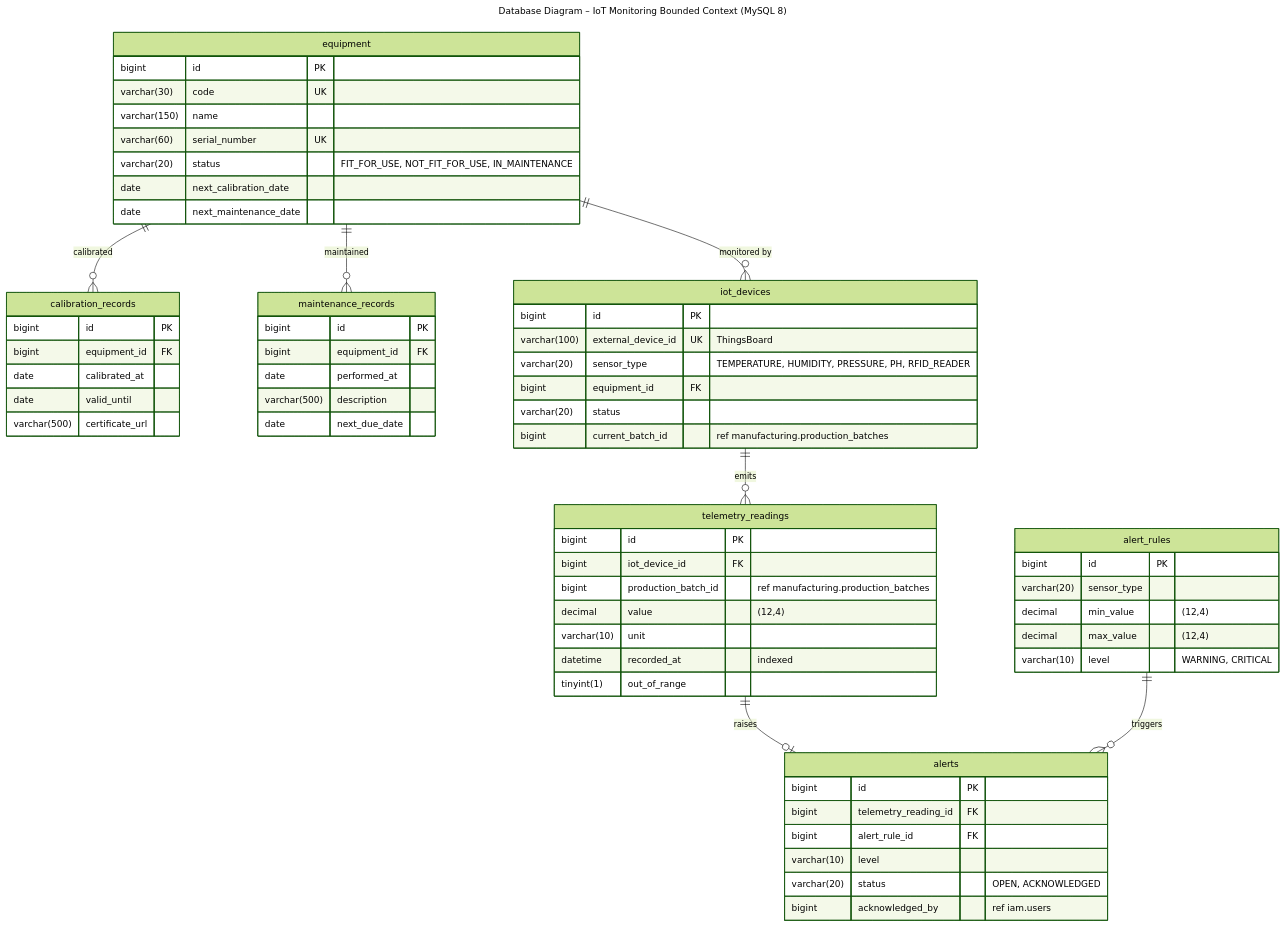
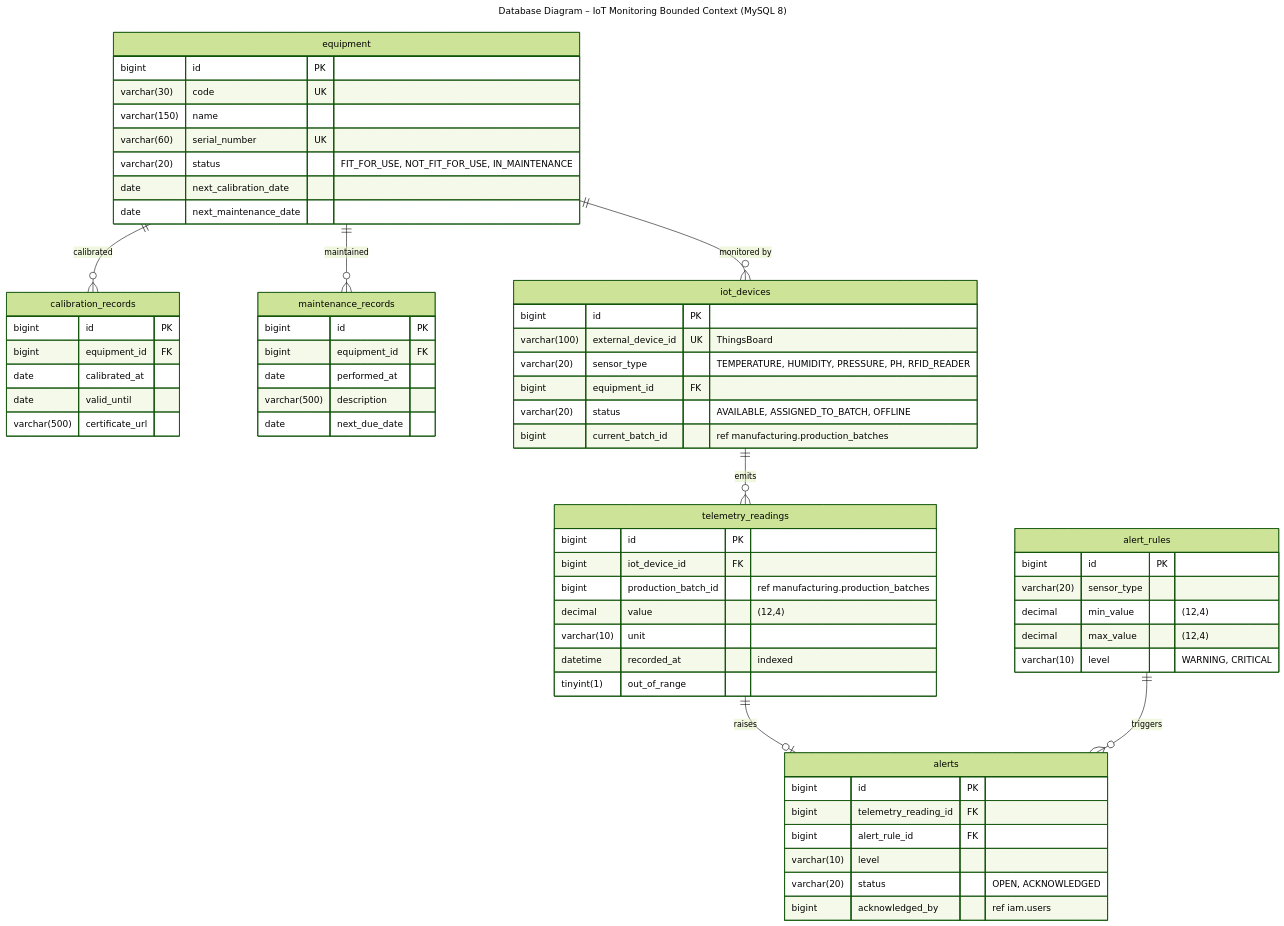
One commit to IngesCompany/doofplus-report changed the diagram in report/assets/diagrams/mermaid/db-05-iot.mmd. Above: the diagram before and after it, drawn with Mermaid (forest theme). The commit also changed 2 other files, not shown here.

Commit message:
fix(diagrams): match the enum values with the database diagrams

```diff
--- a/report/assets/diagrams/mermaid/db-05-iot.mmd
+++ b/report/assets/diagrams/mermaid/db-05-iot.mmd
@@ -1,65 +1,65 @@
 ---
 title: "Database Diagram – IoT Monitoring Bounded Context (MySQL 8)"
 ---
 erDiagram
   equipment {
     bigint id PK
     varchar(30) code UK
     varchar(150) name
     varchar(60) serial_number UK
     varchar(20) status "FIT_FOR_USE, NOT_FIT_FOR_USE, IN_MAINTENANCE"
     date next_calibration_date
     date next_maintenance_date
   }
   calibration_records {
     bigint id PK
     bigint equipment_id FK
     date calibrated_at
     date valid_until
     varchar(500) certificate_url
   }
   maintenance_records {
     bigint id PK
     bigint equipment_id FK
     date performed_at
     varchar(500) description
     date next_due_date
   }
   iot_devices {
     bigint id PK
     varchar(100) external_device_id UK "ThingsBoard"
     varchar(20) sensor_type "TEMPERATURE, HUMIDITY, PRESSURE, PH, RFID_READER"
     bigint equipment_id FK
-    varchar(20) status
+    varchar(20) status "AVAILABLE, ASSIGNED_TO_BATCH, OFFLINE"
     bigint current_batch_id "ref manufacturing.production_batches"
   }
   telemetry_readings {
     bigint id PK
     bigint iot_device_id FK
     bigint production_batch_id "ref manufacturing.production_batches"
     decimal value "(12,4)"
     varchar(10) unit
     datetime recorded_at "indexed"
     tinyint(1) out_of_range
   }
   alert_rules {
     bigint id PK
     varchar(20) sensor_type
     decimal min_value "(12,4)"
     decimal max_value "(12,4)"
     varchar(10) level "WARNING, CRITICAL"
   }
   alerts {
     bigint id PK
     bigint telemetry_reading_id FK
     bigint alert_rule_id FK
     varchar(10) level
     varchar(20) status "OPEN, ACKNOWLEDGED"
     bigint acknowledged_by "ref iam.users"
   }
   equipment ||--o{ calibration_records : "calibrated"
   equipment ||--o{ maintenance_records : "maintained"
   equipment ||--o{ iot_devices : "monitored by"
   iot_devices ||--o{ telemetry_readings : "emits"
   telemetry_readings ||--o| alerts : "raises"
   alert_rules ||--o{ alerts : "triggers"
```
